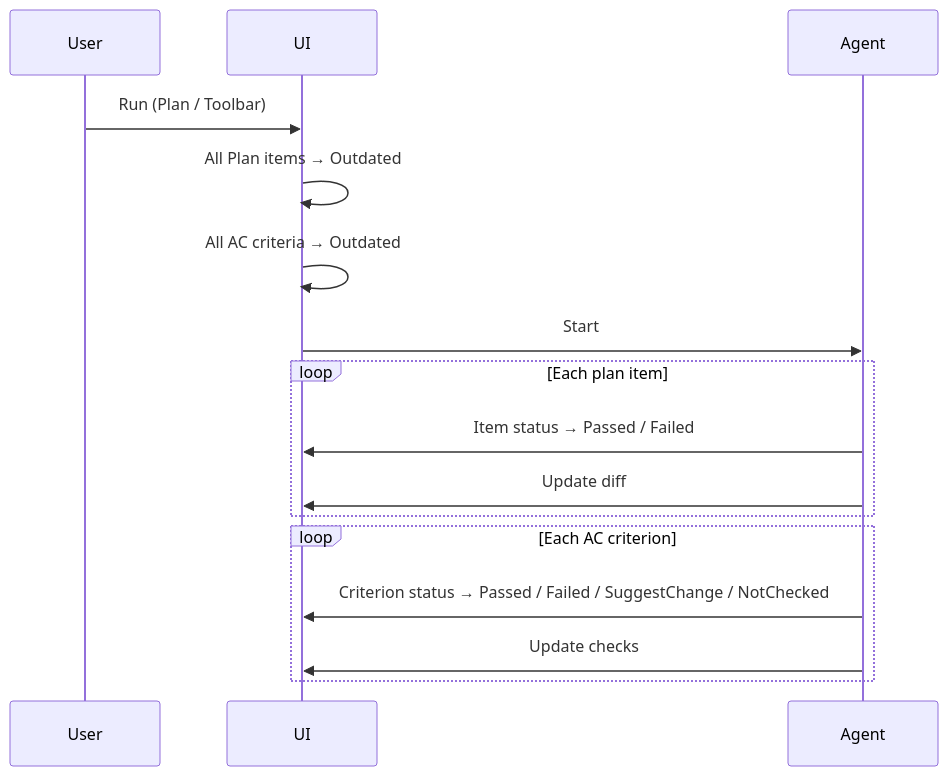
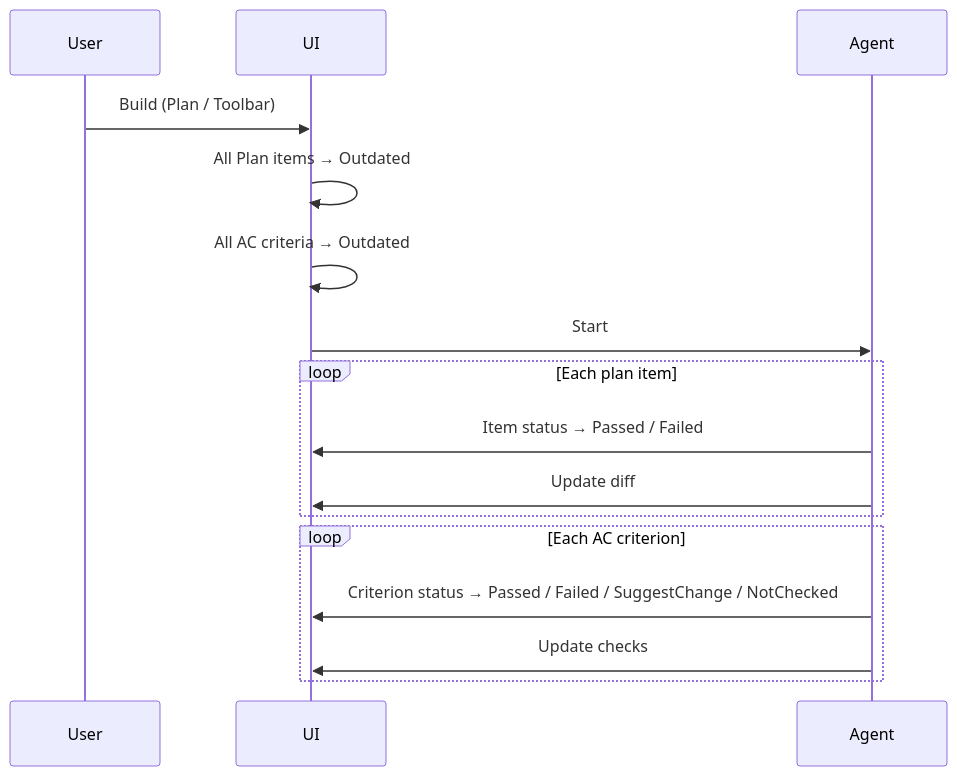
One commit to NiplusM/SDD changed the fourth of 6 diagrams in src/Specifications/spec-flow.md. Above: the diagram before and after it, drawn with Mermaid. The commit also changed other lines of this file and 13 other files, not shown here.

Commit message:
Updated flow

````diff
--- a/src/Specifications/spec-flow.md
+++ b/src/Specifications/spec-flow.md
@@ -202,21 +202,21 @@
 ```mermaid
 sequenceDiagram
     participant U as User
     participant UI as UI
     participant A as Agent
 
-    U->>UI: Run (Plan / Toolbar)
+    U->>UI: Build (Plan / Toolbar)
     UI->>UI: All Plan items → Outdated
     UI->>UI: All AC criteria → Outdated
     UI->>A: Start
 
     loop Each plan item
         A->>UI: Item status → Passed / Failed
         A->>UI: Update diff
     end
 
     loop Each AC criterion
         A->>UI: Criterion status → Passed / Failed / SuggestChange / NotChecked
         A->>UI: Update checks
     end
 ```
````
